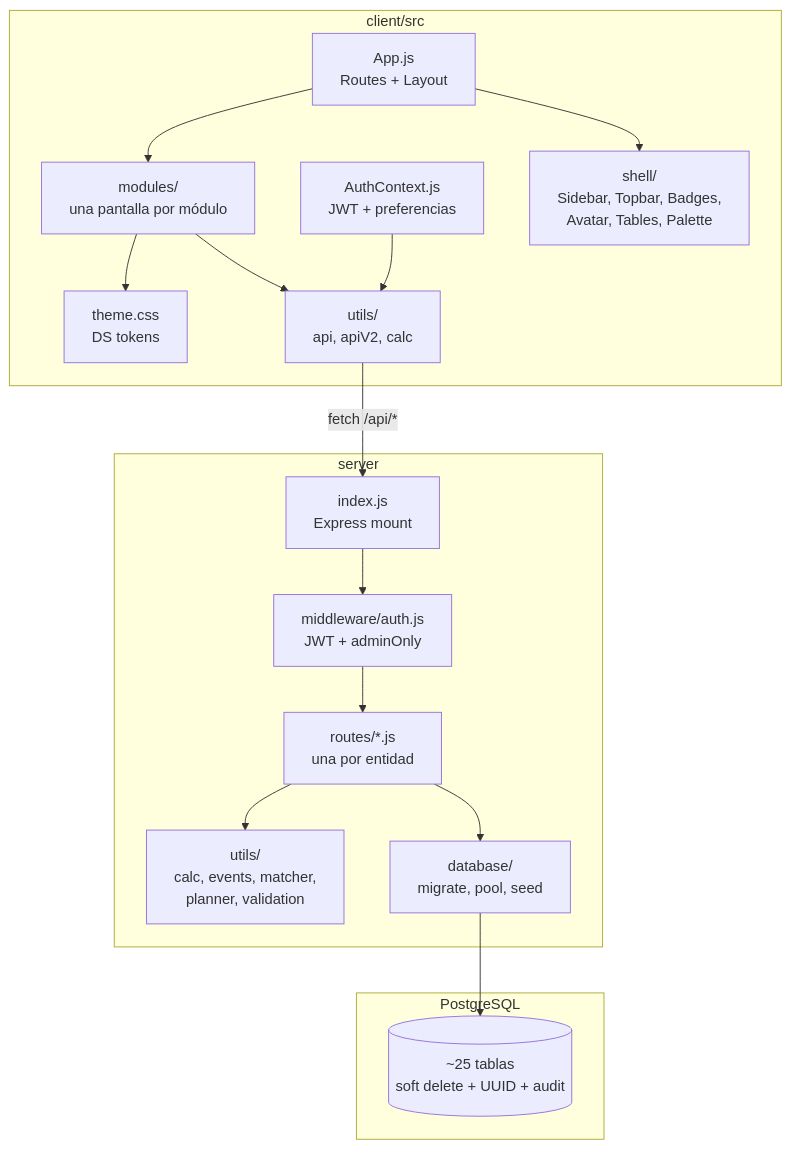
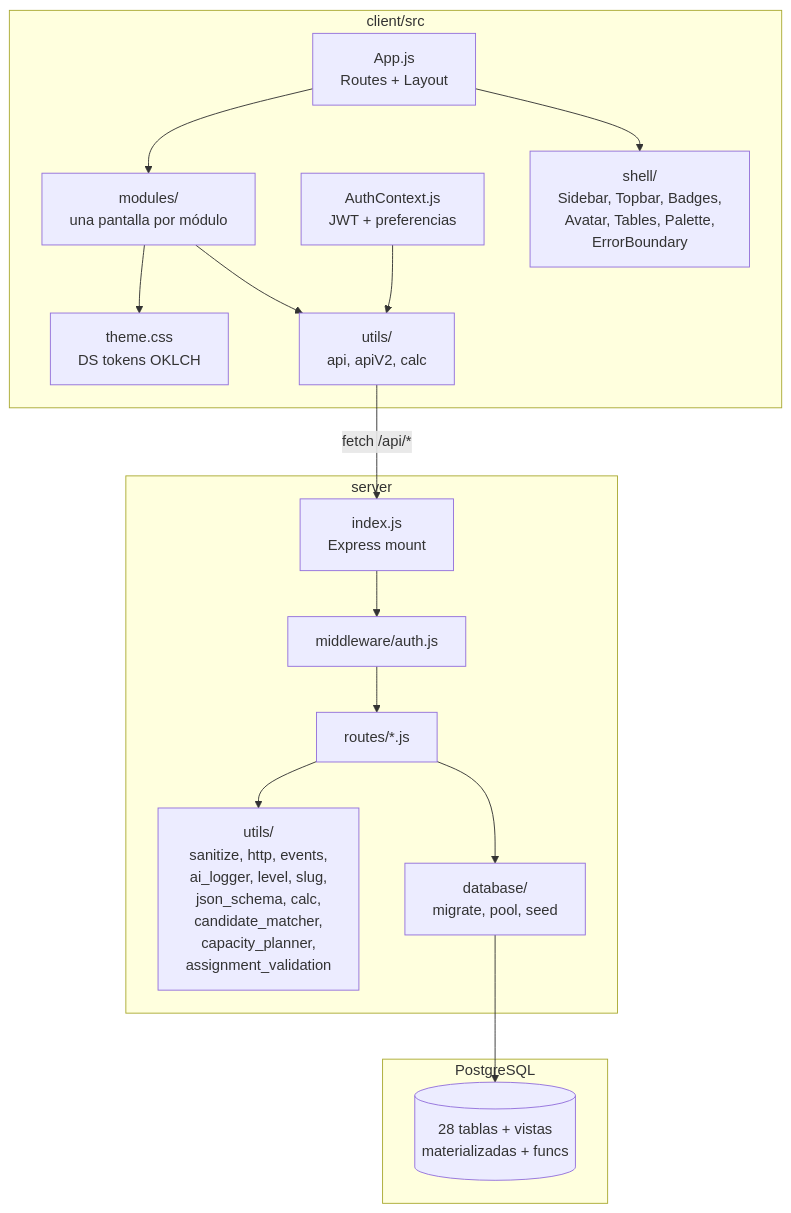
Before and after one commit to danielvillacamacho-collab/quoter-dvpnyx: the second of 4 diagrams in ARCHITECTURE.md, drawn with Mermaid. The commit also changed other lines of this file and 15 other files, not shown here.

````diff
--- a/ARCHITECTURE.md
+++ b/ARCHITECTURE.md
@@ -46,36 +76,36 @@
 ```mermaid
 flowchart TB
   subgraph "client/src"
     A[App.js<br/>Routes + Layout]
     Auth[AuthContext.js<br/>JWT + preferencias]
-    Theme[theme.css<br/>DS tokens]
+    Theme[theme.css<br/>DS tokens OKLCH]
     Modules[modules/<br/>una pantalla por módulo]
-    Shell[shell/<br/>Sidebar, Topbar, Badges,<br/>Avatar, Tables, Palette]
-    Utils[utils/<br/>api, apiV2, calc]
+    Shell[shell/<br/>Sidebar, Topbar, Badges,<br/>Avatar, Tables, Palette,<br/>ErrorBoundary]
+    UtilsC[utils/<br/>api, apiV2, calc]
   end
 
   subgraph "server"
     Index[index.js<br/>Express mount]
-    Middleware[middleware/auth.js<br/>JWT + adminOnly]
-    Routes[routes/*.js<br/>una por entidad]
-    UtilsServer[utils/<br/>calc, events, matcher,<br/>planner, validation]
+    Middleware[middleware/auth.js]
+    Routes[routes/*.js]
+    UtilsServer[utils/<br/>sanitize, http, events,<br/>ai_logger, level, slug,<br/>json_schema, calc,<br/>candidate_matcher,<br/>capacity_planner,<br/>assignment_validation]
     DB[database/<br/>migrate, pool, seed]
   end
 
   subgraph "PostgreSQL"
-    Tables[(~25 tablas<br/>soft delete + UUID + audit)]
+    Tables[(28 tablas + vistas<br/>materializadas + funcs)]
   end
 
   A --> Modules
   A --> Shell
-  Modules --> Utils
-  Auth --> Utils
+  Modules --> UtilsC
+  Auth --> UtilsC
   Modules --> Theme
 
-  Utils -- fetch /api/* --> Index
+  UtilsC -- fetch /api/* --> Index
   Index --> Middleware
   Middleware --> Routes
   Routes --> UtilsServer
   Routes --> DB
   DB --> Tables
 ```
````
